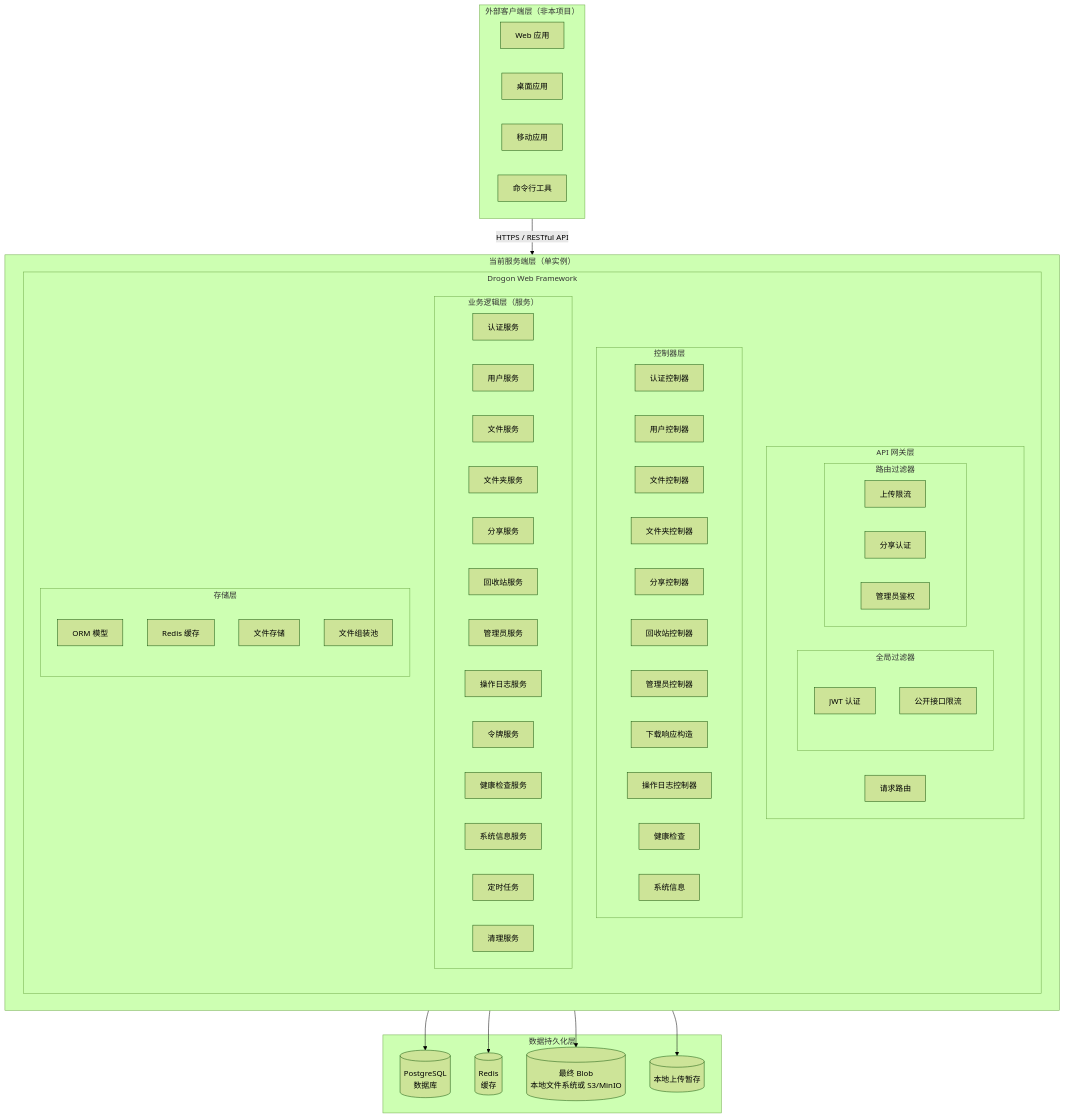
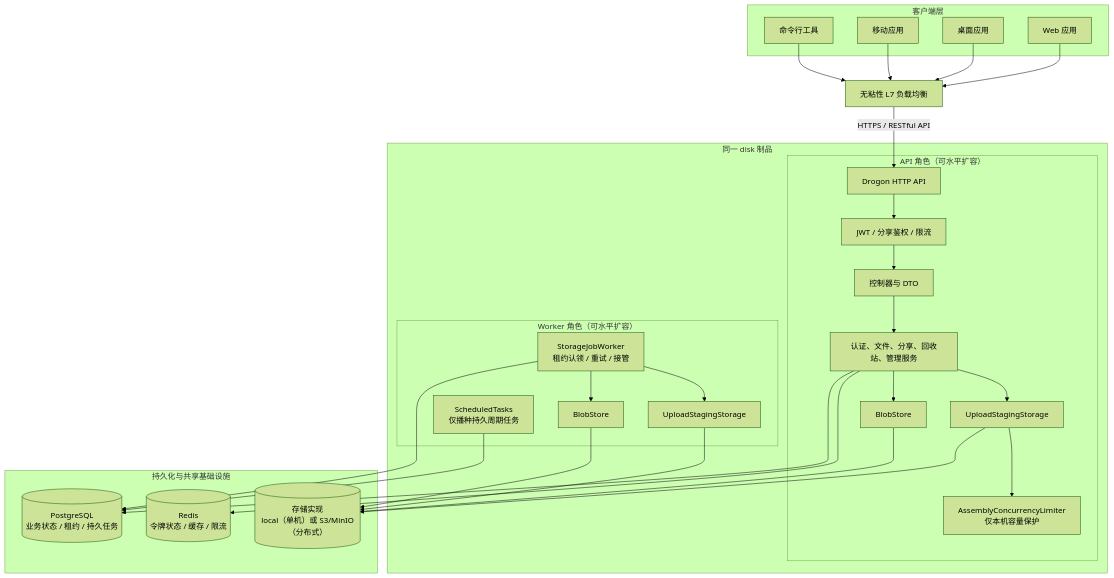
The first of 6 diagrams in docs/design/00-系统概述.md (yizhinailong/disk), drawn with Mermaid (forest theme) before and after one commit. The commit also changed other lines of this file and 5 other files, not shown here.

First line of the commit message:
docs(architecture): align distributed flows

````diff
--- a/docs/design/00-系统概述.md
+++ b/docs/design/00-系统概述.md
@@ -32,73 +32,58 @@
 ```mermaid
 flowchart TB
-    subgraph Clients["外部客户端层（非本项目）"]
+    subgraph Clients["客户端层"]
         WebApp["Web 应用"]
         Desktop["桌面应用"]
         Mobile["移动应用"]
         CLI["命令行工具"]
     end
 
-    subgraph Server["当前服务端层（单实例）"]
-        subgraph Drogon["Drogon Web Framework"]
-            subgraph APIGateway["API 网关层"]
-                subgraph Filters["全局过滤器"]
-                    JWT["JWT 认证"]
-                    PublicRateLimit["公开接口限流"]
-                end
-                subgraph PerRouteFilters["路由过滤器"]
-                    UploadRateLimit["上传限流"]
-                    ShareAuth["分享认证"]
-                    AdminAuth["管理员鉴权"]
-                end
-                Router["请求路由"]
-            end
-            subgraph Controllers["控制器层"]
-                AuthCtrl["认证控制器"]
-                UserCtrl["用户控制器"]
-                FileCtrl["文件控制器"]
-                FolderCtrl["文件夹控制器"]
-                ShareCtrl["分享控制器"]
-                TrashCtrl["回收站控制器"]
-                AdminCtrl["管理员控制器"]
-                DownloadResponder["下载响应构造"]
-                OperationLogController["操作日志控制器"]
-                HealthCtrl["健康检查"]
-                SysCtrl["系统信息"]
-            end
-            subgraph Business["业务逻辑层（服务）"]
-                AuthService["认证服务"]
-                UserService["用户服务"]
-                FileService["文件服务"]
-                FolderService["文件夹服务"]
-                ShareService["分享服务"]
-                TrashService["回收站服务"]
-                AdminService["管理员服务"]
-                OpLogService["操作日志服务"]
-                TokenService["令牌服务"]
-                HealthService["健康检查服务"]
-                SystemService["系统信息服务"]
-                ScheduledTasks["定时任务"]
-                CleanupService["清理服务"]
-            end
-            subgraph Storage["存储层"]
-                ORM["ORM 模型"]
-                RedisCache["Redis 缓存"]
-                FileStorage["文件存储"]
-                AssemblyPool["文件组装池"]
-            end
+    LB["无粘性 L7 负载均衡"]
+
+    subgraph Artifact["同一 disk 制品"]
+        subgraph ApiRole["API 角色（可水平扩容）"]
+            HttpApi["Drogon HTTP API"]
+            Filters["JWT / 分享鉴权 / 限流"]
+            Controllers["控制器与 DTO"]
+            Services["认证、文件、分享、回收站、管理服务"]
+            StagingPort["UploadStagingStorage"]
+            BlobPort["BlobStore"]
+            AssemblyLimiter["AssemblyConcurrencyLimiter<br/>仅本机容量保护"]
+
+            HttpApi --> Filters --> Controllers --> Services
+            Services --> StagingPort
+            Services --> BlobPort
+            StagingPort --> AssemblyLimiter
+        end
+
+        subgraph WorkerRole["Worker 角色（可水平扩容）"]
+            JobSeeder["ScheduledTasks<br/>仅播种持久周期任务"]
+            JobWorker["StorageJobWorker<br/>租约认领 / 重试 / 接管"]
+            WorkerStaging["UploadStagingStorage"]
+            WorkerBlob["BlobStore"]
+
+            JobWorker --> WorkerStaging
+            JobWorker --> WorkerBlob
         end
     end
 
-    subgraph Data["数据持久化层"]
-        PostgreSQL[("PostgreSQL<br/>数据库")]
-        Redis[("Redis<br/>缓存")]
-        BlobStorage[("最终 Blob<br/>本地文件系统或 S3/MinIO")]
-        Staging[("本地上传暂存")]
+    subgraph SharedData["持久化与共享基础设施"]
+        PostgreSQL[("PostgreSQL<br/>业务状态 / 租约 / 持久任务")]
+        Redis[("Redis<br/>令牌状态 / 缓存 / 限流")]
+        StorageBackend[("存储实现<br/>local（单机）或 S3/MinIO（分布式）")]
     end
 
-    Clients -->|"HTTPS / RESTful API"| Server
-    Server --> PostgreSQL
-    Server --> Redis
-    Server --> BlobStorage
-    Server --> Staging
+    WebApp --> LB
+    Desktop --> LB
+    Mobile --> LB
+    CLI --> LB
+    LB -->|"HTTPS / RESTful API"| HttpApi
+    Services --> PostgreSQL
+    Services --> Redis
+    StagingPort --> StorageBackend
+    BlobPort --> StorageBackend
+    JobSeeder --> PostgreSQL
+    JobWorker --> PostgreSQL
+    WorkerStaging --> StorageBackend
+    WorkerBlob --> StorageBackend
 ```
````
